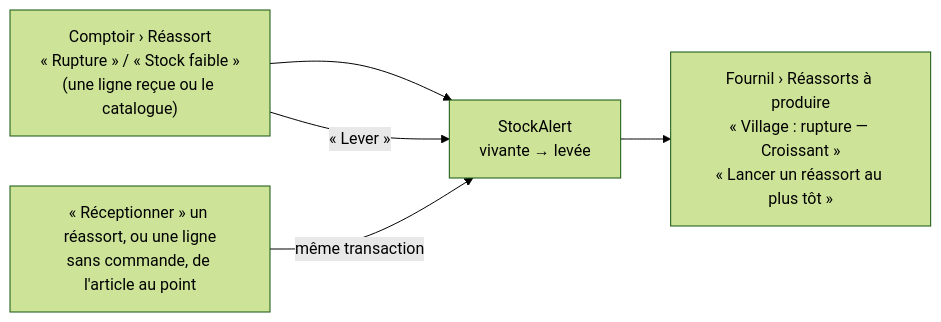
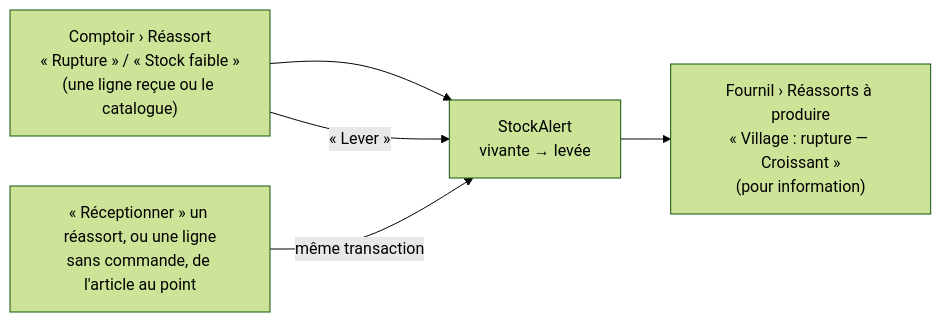
Before and after one commit to hugoheynard/lfd: the third of 5 diagrams in documentation/reassort-boutiques/README.md, drawn with Mermaid (forest theme). The commit also changed other lines of this file and 61 other files, not shown here.

First line of the commit message:
feat(reassort): R1d — le fournil envoie son réassort, à part de la demande du comptoir

````diff
--- a/documentation/reassort-boutiques/README.md
+++ b/documentation/reassort-boutiques/README.md
@@ -136,7 +137,7 @@
 ```mermaid
 flowchart LR
   C["Comptoir › Réassort<br/>« Rupture » / « Stock faible »<br/>(une ligne reçue ou le catalogue)"] --> A["StockAlert<br/>vivante → levée"]
-  A --> F["Fournil › Réassorts à produire<br/>« Village : rupture — Croissant »<br/>« Lancer un réassort au plus tôt »"]
+  A --> F["Fournil › Réassorts à produire<br/>« Village : rupture — Croissant »<br/>(pour information)"]
   R["« Réceptionner » un réassort, ou une ligne<br/>sans commande, de l'article au point"] -->|"même transaction"| A
   C -->|"« Lever »"| A
 ```
````
